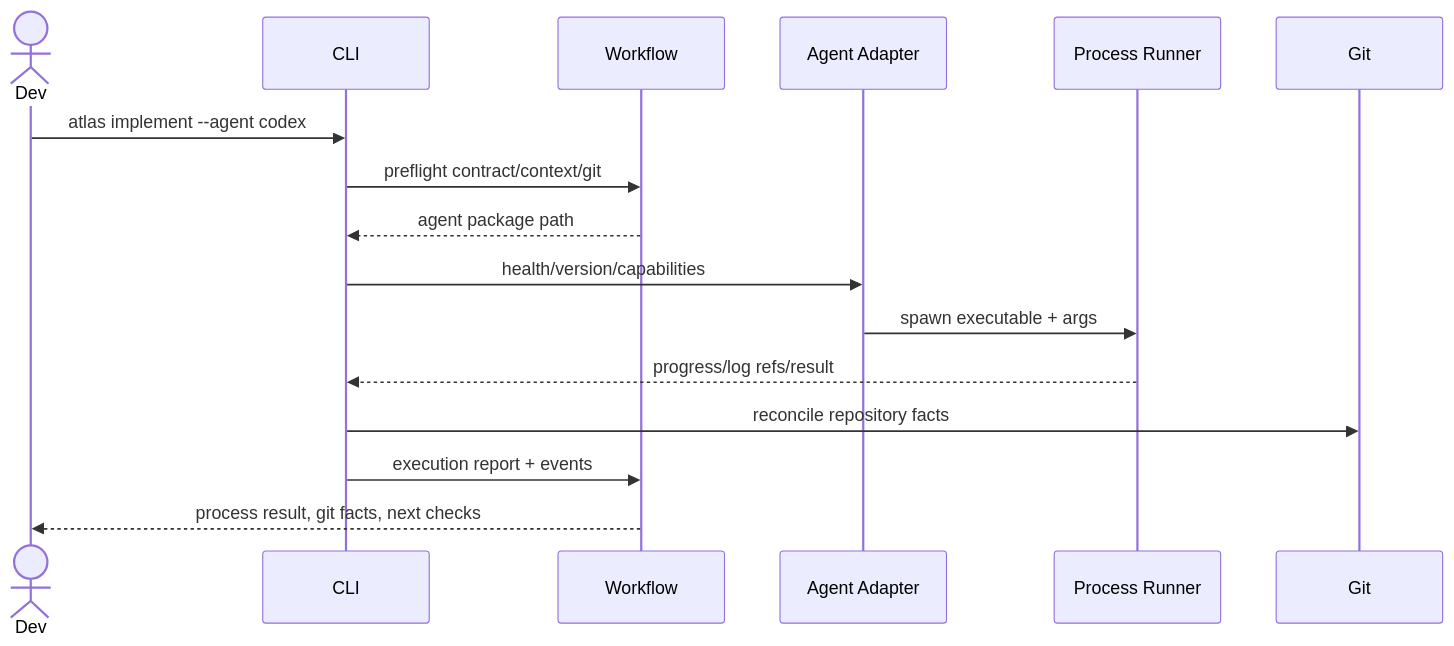
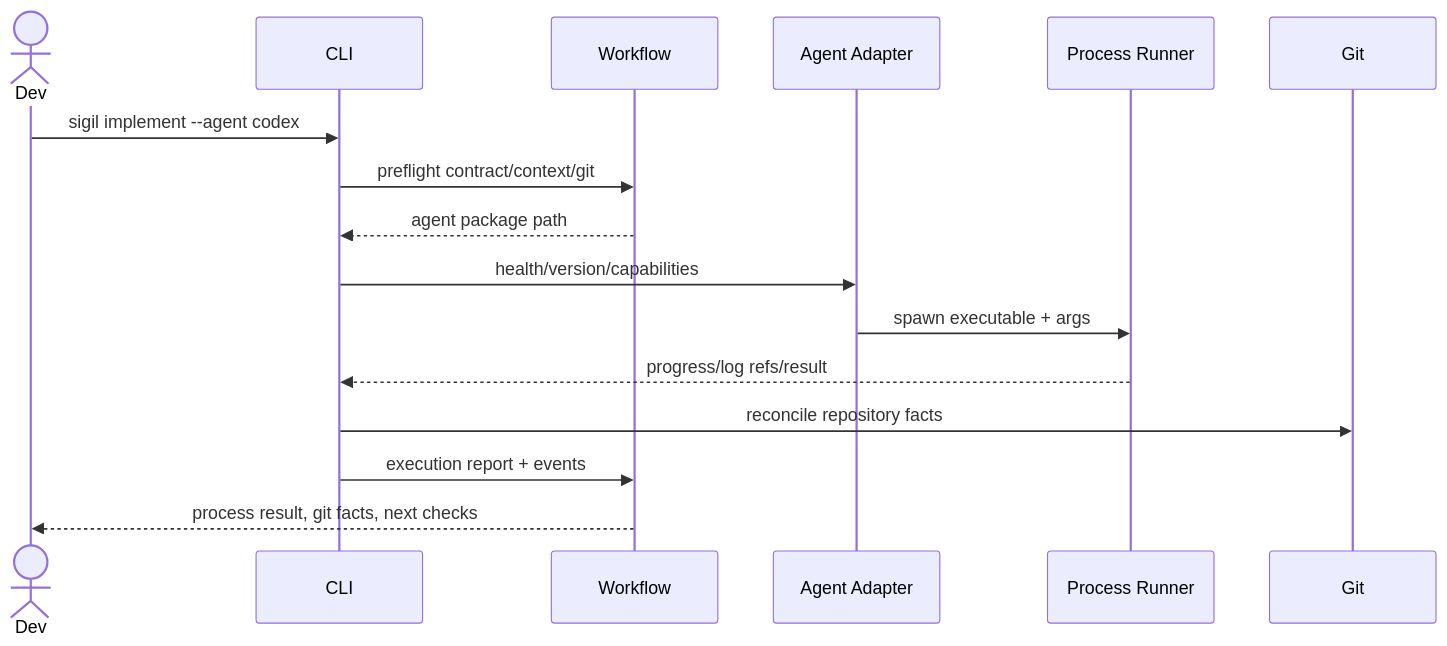
The diagram in DOCs/M0_Engineering_Design/08_process_runner_and_agents.md (odeh-simon/atlas-cli), drawn with Mermaid before and after one commit. The commit also changed other lines of this file and 196 other files, not shown here.

Commit message:
Rename project from Atlas to Sigil (#8)

````diff
--- a/DOCs/M0_Engineering_Design/08_process_runner_and_agents.md
+++ b/DOCs/M0_Engineering_Design/08_process_runner_and_agents.md
@@ -150,18 +150,18 @@
 ```mermaid
 sequenceDiagram
     actor Dev
     participant CLI
     participant WF as Workflow
     participant Agent as Agent Adapter
     participant Run as Process Runner
     participant Git
-    Dev->>CLI: atlas implement --agent codex
+    Dev->>CLI: sigil implement --agent codex
     CLI->>WF: preflight contract/context/git
     WF-->>CLI: agent package path
     CLI->>Agent: health/version/capabilities
     Agent->>Run: spawn executable + args
     Run-->>CLI: progress/log refs/result
     CLI->>Git: reconcile repository facts
     CLI->>WF: execution report + events
     WF-->>Dev: process result, git facts, next checks
 ```
````
